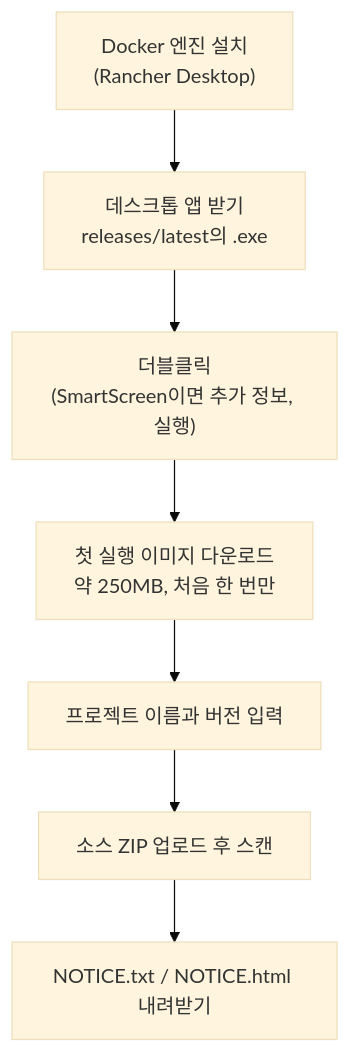
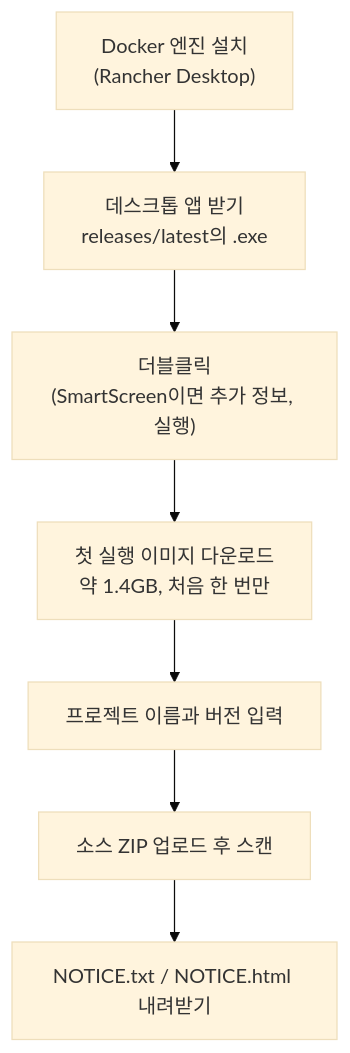
One commit to sktelecom/bomlens changed the diagram in docs/start/no-cli.ko.md. Above: the diagram before and after it, drawn with Mermaid (base theme). The commit also changed other lines of this file and 3 other files, not shown here.

````diff
--- a/docs/start/no-cli.ko.md
+++ b/docs/start/no-cli.ko.md
@@ -44,9 +46,9 @@
 ```mermaid
 flowchart TD
     A["Docker 엔진 설치<br/>(Rancher Desktop)"] --> B["데스크톱 앱 받기<br/>releases/latest의 .exe"]
     B --> C["더블클릭<br/>(SmartScreen이면 추가 정보, 실행)"]
-    C --> D["첫 실행 이미지 다운로드<br/>약 250MB, 처음 한 번만"]
+    C --> D["첫 실행 이미지 다운로드<br/>약 1.4GB, 처음 한 번만"]
     D --> E["프로젝트 이름과 버전 입력"]
     E --> F["소스 ZIP 업로드 후 스캔"]
     F --> G["NOTICE.txt / NOTICE.html 내려받기"]
 ```
````
